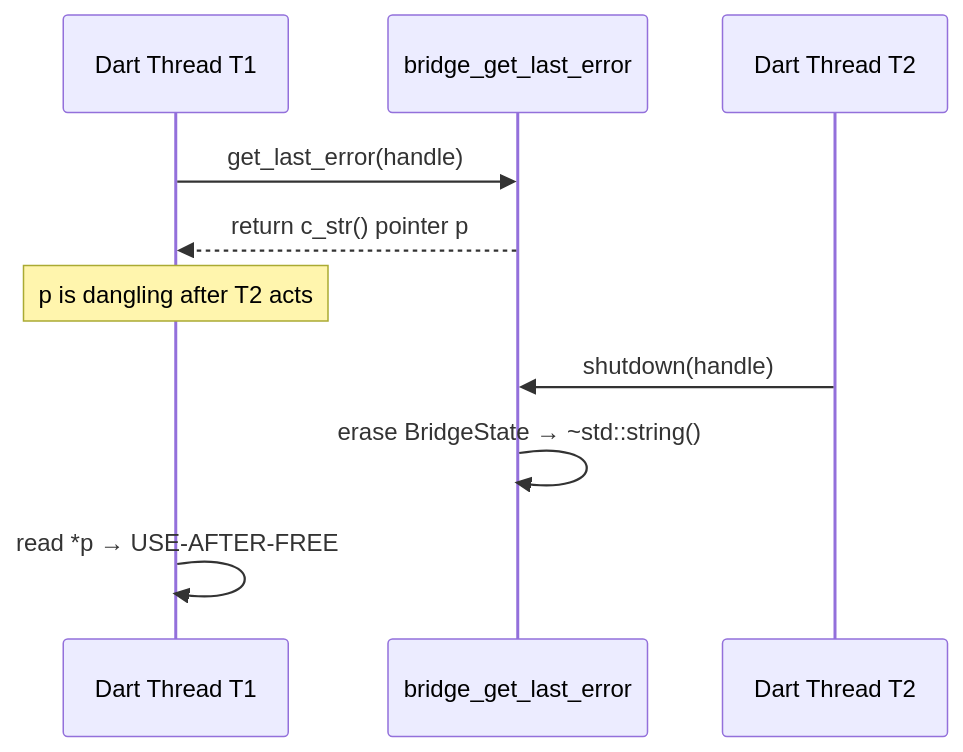
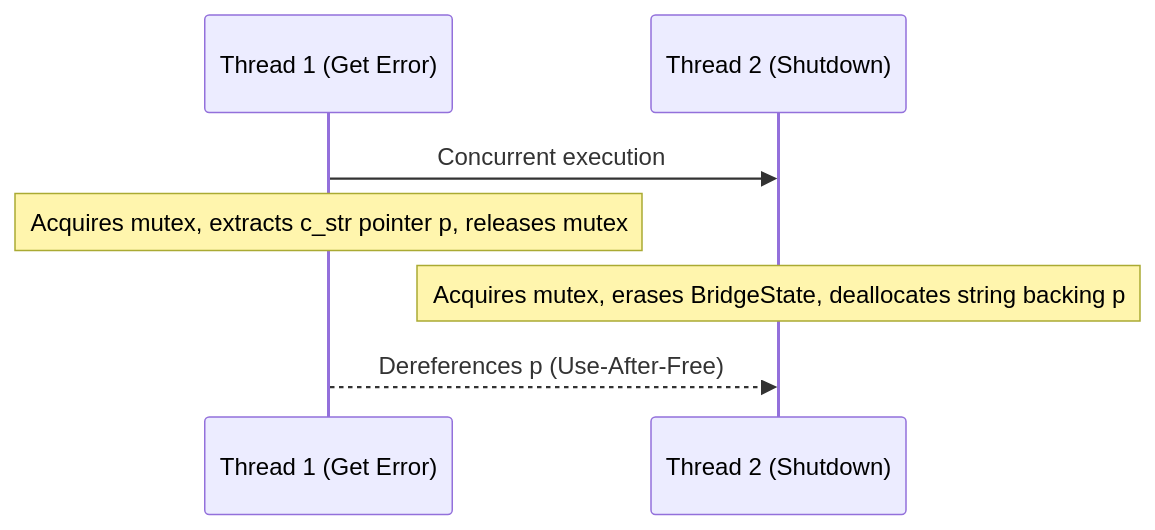
The second of 2 diagrams in skills/adversarial-code-auditor/SKILL.md (gintatkinson/digital-pipeline-repo), drawn with Mermaid before and after one commit. The commit also changed other lines of this file and 15 other files, not shown here.

Commit message:
fix: resolve 8 visual rendering, architectural, and test defects; add camera gestures test; audit model coverage

````diff
--- a/skills/adversarial-code-auditor/SKILL.md
+++ b/skills/adversarial-code-auditor/SKILL.md
@@ -196,12 +203,10 @@
 ```mermaid
 sequenceDiagram
-    participant T1 as Dart Thread T1
-    participant Bridge as bridge_get_last_error
-    participant T2 as Dart Thread T2
-    T1->>Bridge: get_last_error(handle)
-    Bridge-->>T1: return c_str() pointer p
-    Note over T1: p is dangling after T2 acts
-    T2->>Bridge: shutdown(handle)
-    Bridge->>Bridge: erase BridgeState → ~std::string()
-    T1->>T1: read *p → USE-AFTER-FREE
+    participant T1 as Thread 1 (Get Error)
+    participant T2 as Thread 2 (Shutdown)
+    T1->>T2: Concurrent execution
+    Note over T1: Acquires mutex, extracts c_str pointer p, releases mutex
+    Note over T2: Acquires mutex, erases BridgeState, deallocates string backing p
+    T1-->>T2: Dereferences p (Use-After-Free)
+
 ```
````
